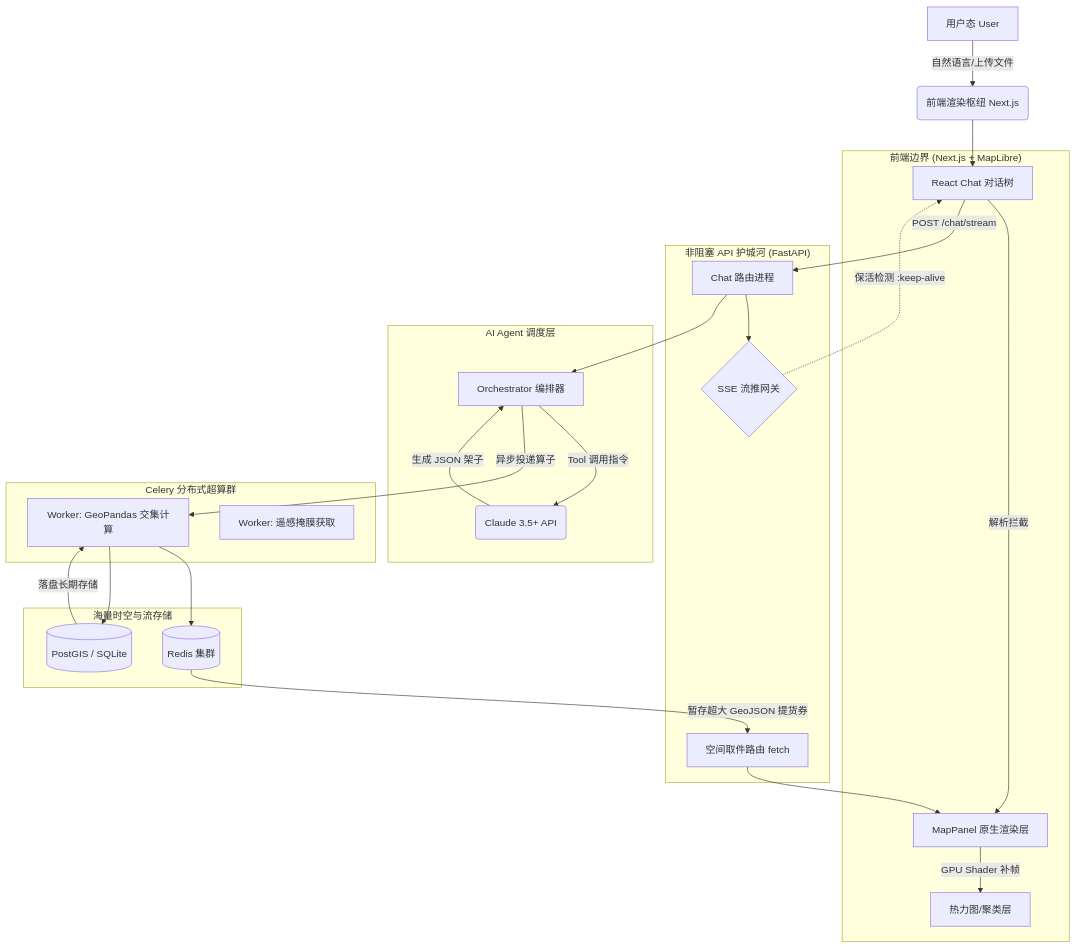
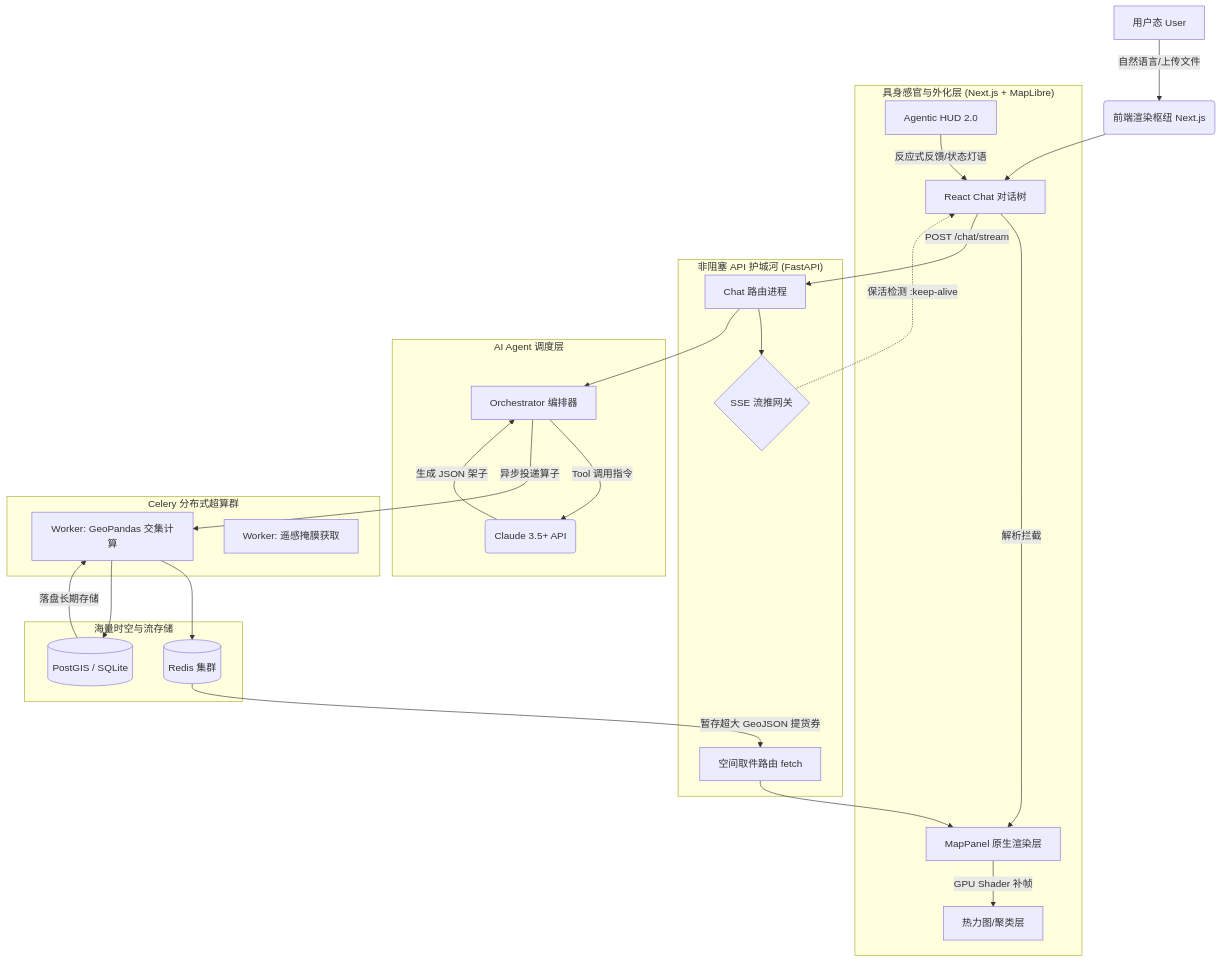
One commit to WindWang2/webgis-ai-agent changed the diagram in docs/architecture.md. Above: the diagram before and after it, drawn with Mermaid. The commit also changed other lines of this file and 15 other files, not shown here.

Commit message:
chore: align documentation with V2.1 architecture and finalize stabilization improvements

````diff
--- a/docs/architecture.md
+++ b/docs/architecture.md
@@ -16,36 +16,37 @@
 ```mermaid
 graph TD
     A[用户态 User] -->|自然语言/上传文件| B(前端渲染枢纽 Next.js)
     
-    subgraph 前端渲染枢纽 ["前端边界 (Next.js + MapLibre)"]
+    subgraph 前端渲染枢纽 ["具身感官与外化层 (Next.js + MapLibre)"]
     B1[React Chat 对话树] --> |解析拦截| B2[MapPanel 原生渲染层]
     B2 --> |GPU Shader 补帧| B3[热力图/聚类层]
+    B4[Agentic HUD 2.0] --> |反应式反馈/状态灯语| B1
     end
     B --> B1
     
     subgraph 边界网关 ["非阻塞 API 护城河 (FastAPI)"]
     C{SSE 流推网关} -.-> |保活检测 :keep-alive| B1
     C1[Chat 路由进程] --> C
     C2[空间取件路由 fetch] --> B2
     end
     B1 -->|POST /chat/stream| C1
     
     subgraph 大脑中枢 ["AI Agent 调度层"]
     D[Orchestrator 编排器] --> |Tool 调用指令| D1(Claude 3.5+ API)
     D1 --> |生成 JSON 架子| D
     end
     C1 --> D
     
     subgraph 重算隔离区 ["Celery 分布式超算群"]
     E[Worker: GeoPandas 交集计算] 
     E1[Worker: 遥感掩膜获取]
     end
     D -->|异步投递算子| E
     
     subgraph 数据弹药库 ["海量时空与流存储"]
     F[(Redis 集群)] --> |暂存超大 GeoJSON 提货券| C2
     F1[(PostGIS / SQLite)] --> |落盘长期存储| E
     end
     E --> F
     E --> F1
 ```
````
